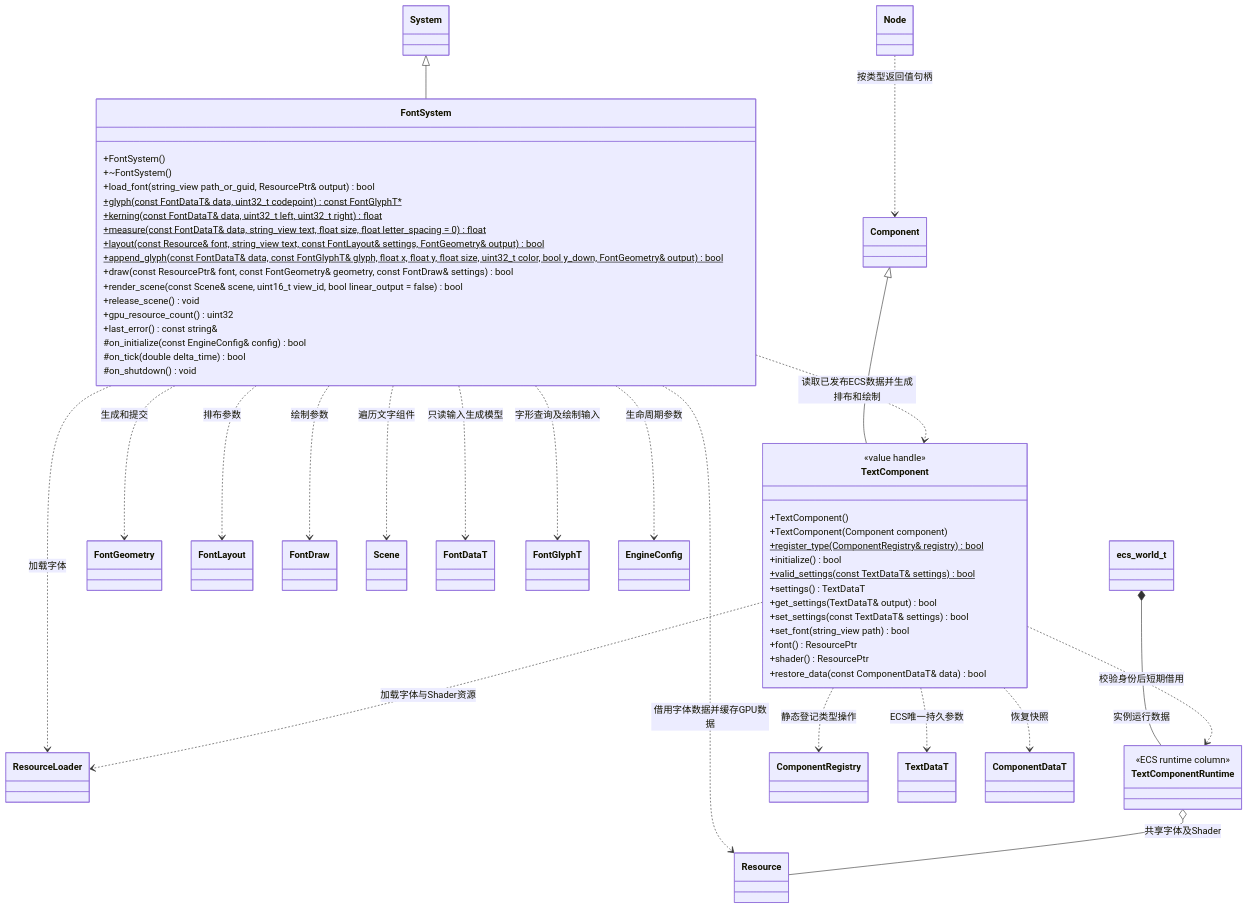
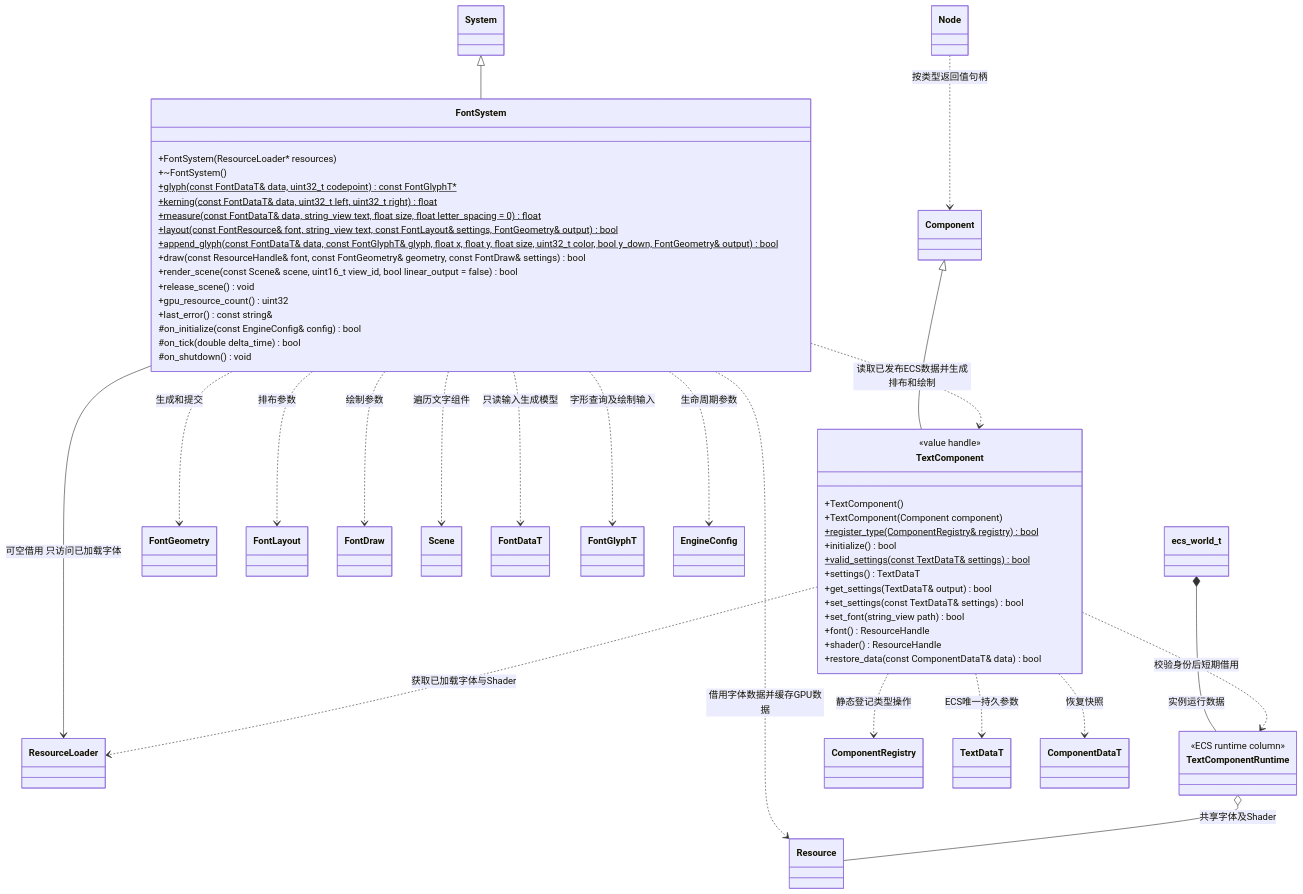
The first of 2 diagrams in docs/runtime/class-diagrams/font-system.md (lcals/Engine), drawn with Mermaid before and after one commit. The commit also changed other lines of this file and 391 other files, not shown here.

````diff
--- a/docs/runtime/class-diagrams/font-system.md
+++ b/docs/runtime/class-diagrams/font-system.md
@@ -7,67 +7,66 @@
 ```mermaid
 classDiagram
     System <|-- FontSystem
     Component <|-- TextComponent
     FontSystem ..> Resource : 借用字体数据并缓存GPU数据
-    FontSystem ..> ResourceLoader : 加载字体
+    FontSystem --> ResourceLoader : 可空借用 只访问已加载字体
     FontSystem ..> FontGeometry : 生成和提交
     FontSystem ..> FontLayout : 排布参数
     FontSystem ..> FontDraw : 绘制参数
     FontSystem ..> Scene : 遍历文字组件
     TextComponentRuntime o-- Resource : 共享字体及Shader
-    TextComponent ..> ResourceLoader : 加载字体与Shader资源
+    TextComponent ..> ResourceLoader : 获取已加载字体与Shader
     FontSystem ..> TextComponent : 读取已发布ECS数据并生成排布和绘制
     Node ..> Component : 按类型返回值句柄
     class FontSystem {
-        +FontSystem()
+        +FontSystem(ResourceLoader#42; resources)
         +~FontSystem()
-        +load_font(string_view path_or_guid, ResourcePtr& output) bool
         +glyph(const FontDataT& data, uint32_t codepoint) const FontGlyphT#42;$
         +kerning(const FontDataT& data, uint32_t left, uint32_t right) float$
         +measure(const FontDataT& data, string_view text, float size, float letter_spacing = 0) float$
-        +layout(const Resource& font, string_view text, const FontLayout& settings, FontGeometry& output) bool$
+        +layout(const FontResource& font, string_view text, const FontLayout& settings, FontGeometry& output) bool$
         +append_glyph(const FontDataT& data, const FontGlyphT& glyph, float x, float y, float size, uint32_t color, bool y_down, FontGeometry& output) bool$
-        +draw(const ResourcePtr& font, const FontGeometry& geometry, const FontDraw& settings) bool
+        +draw(const ResourceHandle& font, const FontGeometry& geometry, const FontDraw& settings) bool
         +render_scene(const Scene& scene, uint16_t view_id, bool linear_output = false) bool
         +release_scene() void
         +gpu_resource_count() uint32
         +last_error() const string&
         #on_initialize(const EngineConfig& config) bool
         #on_tick(double delta_time) bool
         #on_shutdown() void
     }
     class TextComponent {
         <<value handle>>
         +TextComponent()
         +TextComponent(Component component)
         +register_type(ComponentRegistry& registry) bool$
         +initialize() bool
         +valid_settings(const TextDataT& settings) bool$
         +settings() TextDataT
         +get_settings(TextDataT& output) bool
         +set_settings(const TextDataT& settings) bool
         +set_font(string_view path) bool
-        +font() ResourcePtr
-        +shader() ResourcePtr
+        +font() ResourceHandle
+        +shader() ResourceHandle
         +restore_data(const ComponentDataT& data) bool
     }
     class ComponentRegistry
     class FontDataT
     class FontGlyphT
     class TextDataT
     class ComponentDataT
     class EngineConfig
     class ecs_world_t
     FontSystem ..> FontDataT : 只读输入生成模型
     FontSystem ..> FontGlyphT : 字形查询及绘制输入
     FontSystem ..> EngineConfig : 生命周期参数
     TextComponent ..> TextDataT : ECS唯一持久参数
     TextComponent ..> ComponentDataT : 恢复快照
     class TextComponentRuntime {
         <<ECS runtime column>>
     }
     ecs_world_t *-- TextComponentRuntime : 实例运行数据
     TextComponent ..> TextComponentRuntime : 校验身份后短期借用
     TextComponent ..> ComponentRegistry : 静态登记类型操作
 
 ```
````
